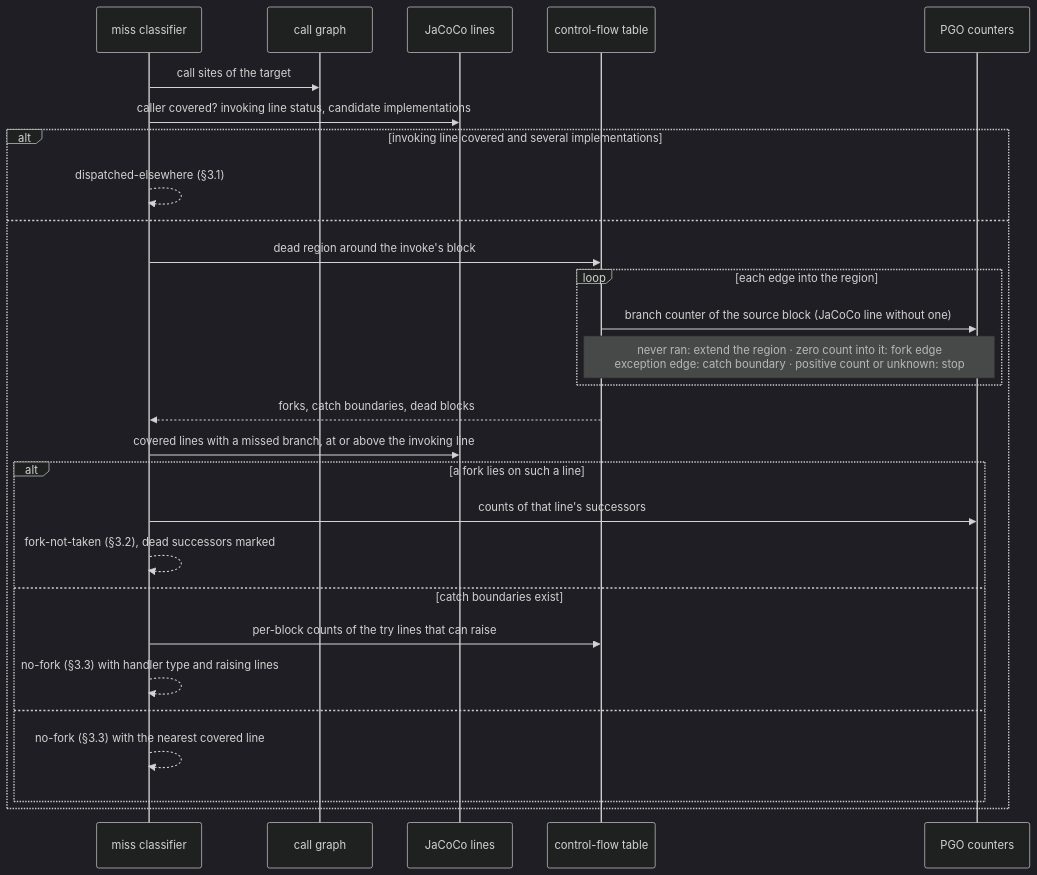
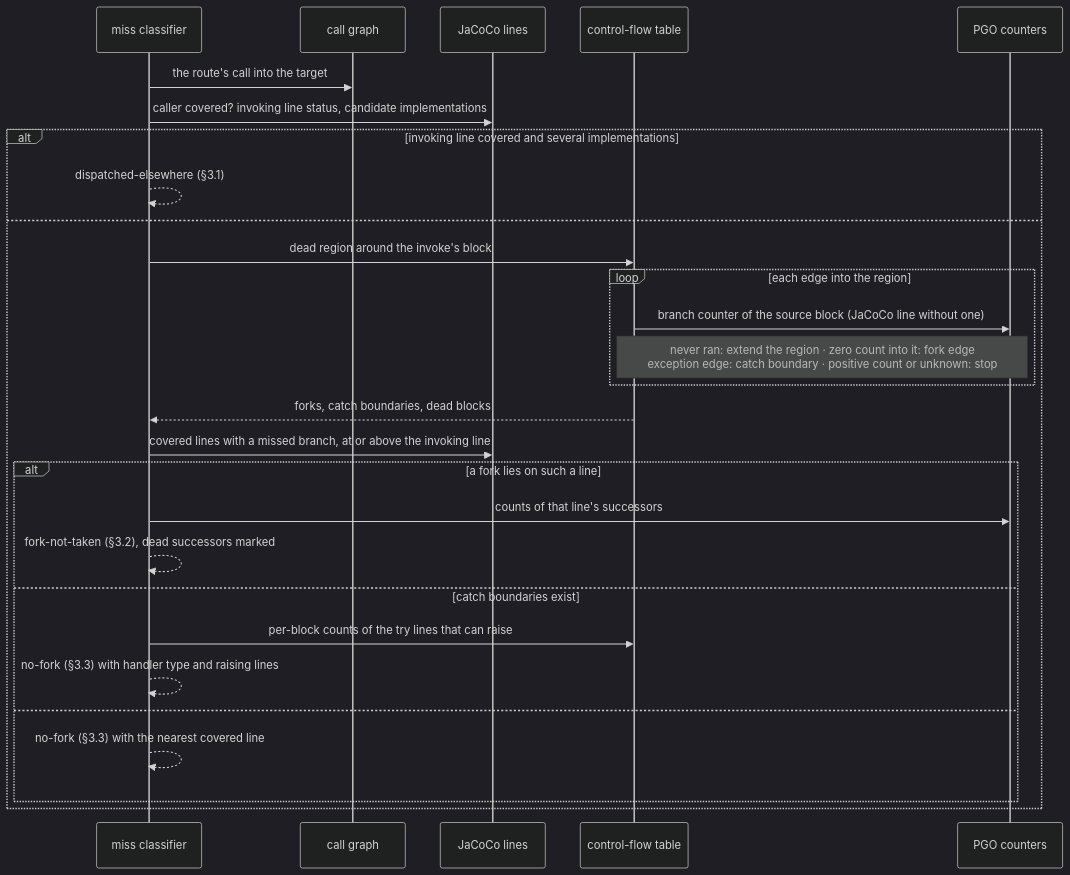
One commit to oracle/graalvm-reachability-metadata changed the diagram in forge/docs/architecture/code-coverage/deep-navigation.md. Above: the diagram before and after it, drawn with Mermaid (dark theme). The commit also changed other lines of this file, not shown here.

Commit message:
Spec deep miss classification on the route's own call

````diff
--- a/forge/docs/architecture/code-coverage/deep-navigation.md
+++ b/forge/docs/architecture/code-coverage/deep-navigation.md
@@ -178,30 +178,30 @@
 ```mermaid
 sequenceDiagram
     participant M as miss classifier
     participant G as call graph
     participant J as JaCoCo lines
     participant F as control-flow table
     participant P as PGO counters
-    M->>G: call sites of the target
+    M->>G: the route's call into the target
     M->>J: caller covered? invoking line status, candidate implementations
     alt invoking line covered and several implementations
         M-->>M: dispatched-elsewhere (§3.1)
     else
         M->>F: dead region around the invoke's block
         loop each edge into the region
             F->>P: branch counter of the source block (JaCoCo line without one)
             Note over F,P: never ran: extend the region · zero count into it: fork edge<br/>exception edge: catch boundary · positive count or unknown: stop
         end
         F-->>M: forks, catch boundaries, dead blocks
         M->>J: covered lines with a missed branch, at or above the invoking line
         alt a fork lies on such a line
             M->>P: counts of that line's successors
             M-->>M: fork-not-taken (§3.2), dead successors marked
         else catch boundaries exist
             M->>F: per-block counts of the try lines that can raise
             M-->>M: no-fork (§3.3) with handler type and raising lines
         else
             M-->>M: no-fork (§3.3) with the nearest covered line
         end
     end
 ```
````
